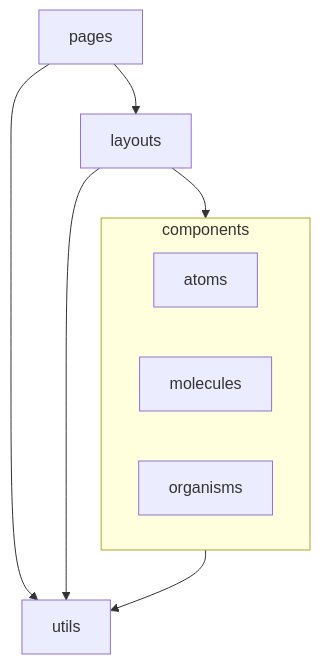
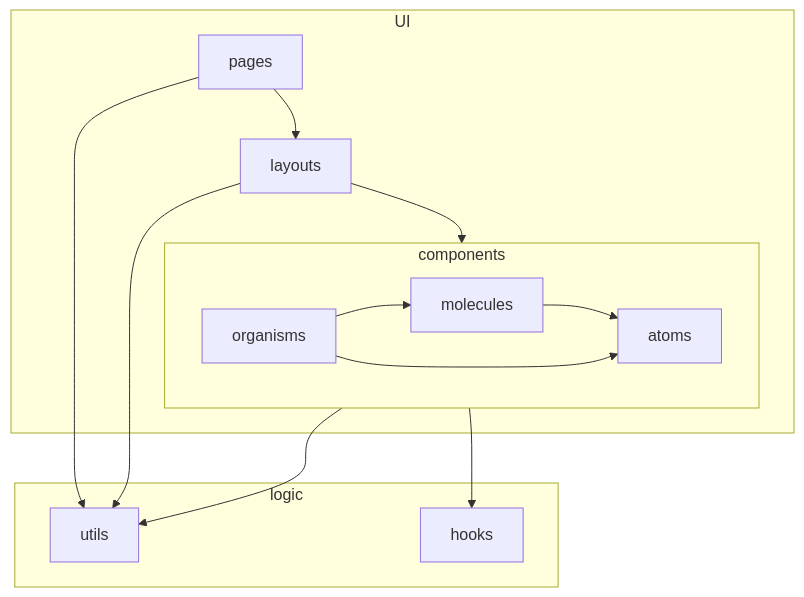
One commit to TheJiahao/TheJiahao.github.io changed the first of 2 diagrams in docs/architecture.md. Above: the diagram before and after it, drawn with Mermaid. The commit also changed other lines of this file, not shown here.

Commit message:
docs(architecture): 📚️ Update

````diff
--- a/docs/architecture.md
+++ b/docs/architecture.md
@@ -5,16 +16,28 @@
 ```mermaid
 graph TB
 pages --> layouts
 pages --> utils
 
 layouts --> components
 layouts --> utils
 
-subgraph components
-    atoms
-    molecules
-    organisms
+components --> utils
+components --> hooks
+
+subgraph UI
+pages
+layouts
+components
 end
 
-components --> utils
+subgraph components
+    molecules --> atoms
+    organisms --> molecules
+    organisms --> atoms
+end
+
+subgraph logic
+    utils
+    hooks
+end
 ```
````
